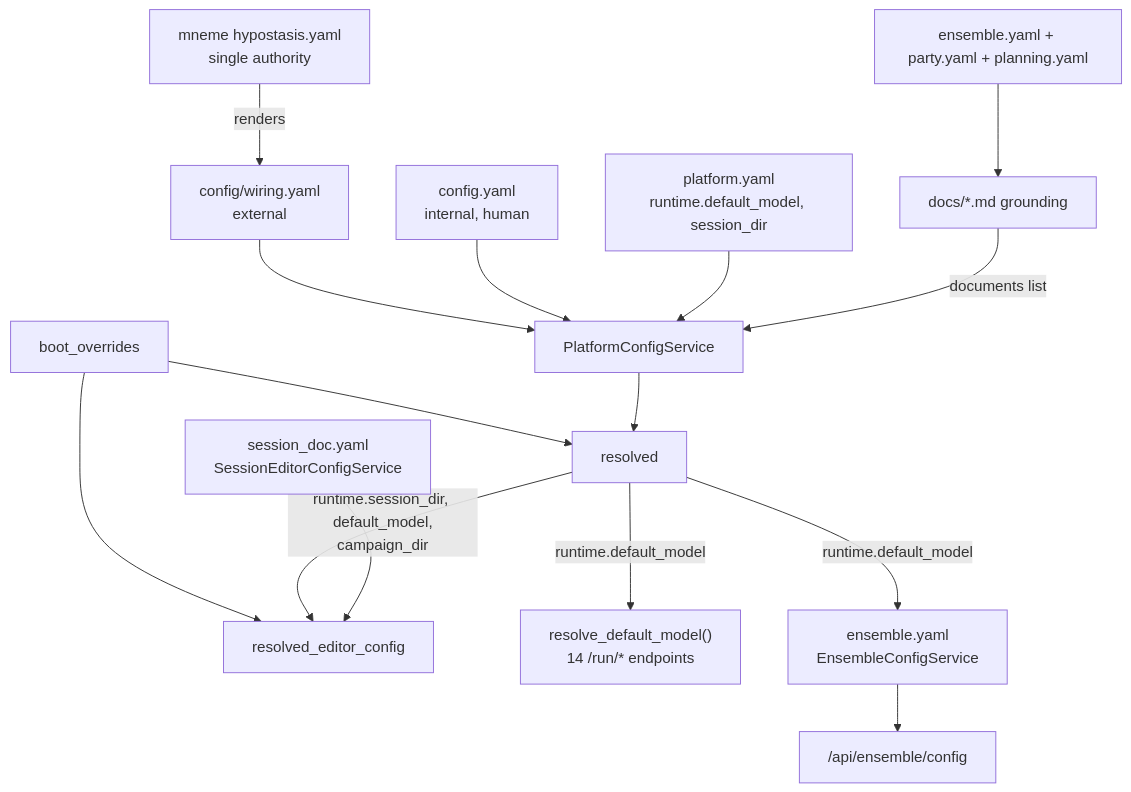
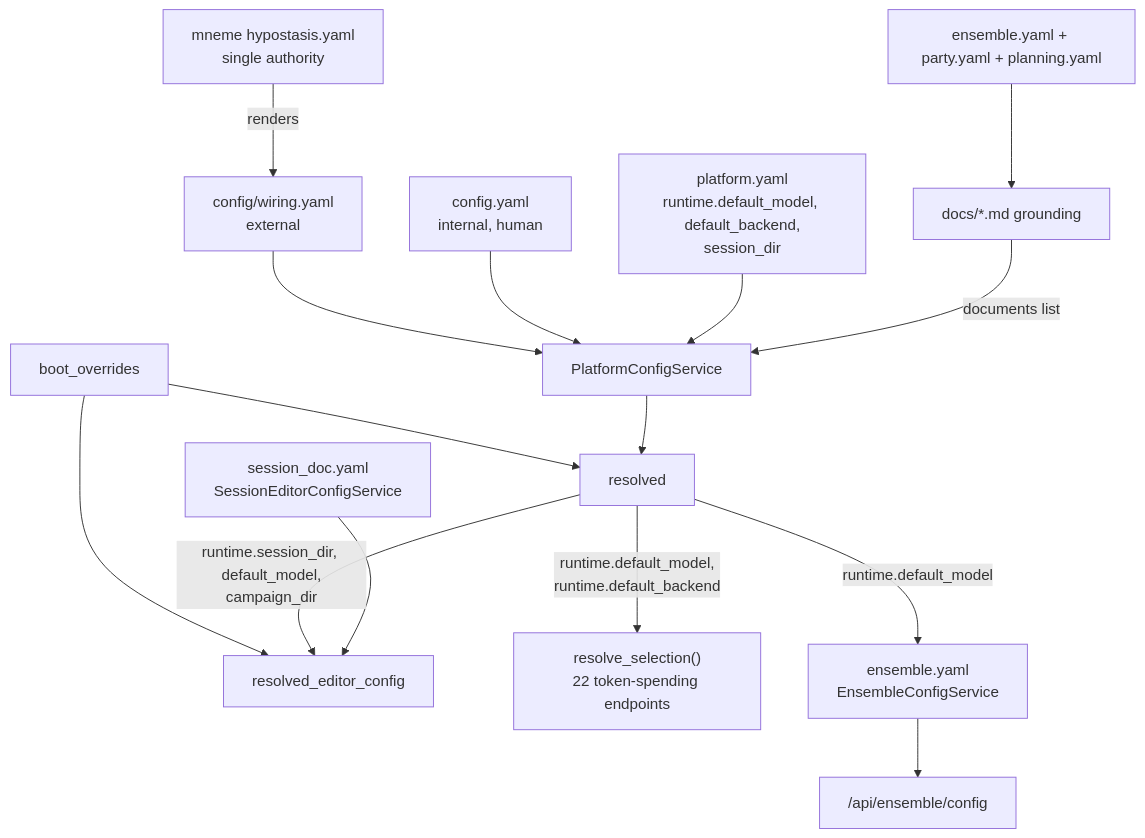
One commit to kostadis/CampaignGenerator changed the diagram in docs/config/master.md. Above: the diagram before and after it, drawn with Mermaid. The commit also changed other lines of this file and 11 other files, not shown here.

First line of the commit message:
feat(003): previews for all 8 services, docs, and retire resolve_default_model

````diff
--- a/docs/config/master.md
+++ b/docs/config/master.md
@@ -9,17 +9,17 @@
 ```mermaid
 flowchart TB
   HY["mneme hypostasis.yaml<br/>single authority"] -->|renders| WI["config/wiring.yaml<br/>external"]
   WI --> PLAT
   CY["config.yaml<br/>internal, human"] --> PLAT[PlatformConfigService]
-  PY["platform.yaml<br/>runtime.default_model, session_dir"] --> PLAT
+  PY["platform.yaml<br/>runtime.default_model, default_backend,<br/>session_dir"] --> PLAT
   BO[boot_overrides] --> RES[resolved]
   PLAT --> RES
   BO --> RESE[resolved_editor_config]
   RES -->|runtime.session_dir, default_model,<br/>campaign_dir| RESE
   SD["session_doc.yaml<br/>SessionEditorConfigService"] --> RESE
-  RES -->|runtime.default_model| RDM["resolve_default_model()<br/>14 /run/* endpoints"]
+  RES -->|runtime.default_model,<br/>runtime.default_backend| RDM["resolve_selection()<br/>22 token-spending endpoints"]
   ENS["ensemble.yaml<br/>EnsembleConfigService"] --> RESE2["/api/ensemble/config"]
   RES -->|runtime.default_model| ENS
   UIE["ensemble.yaml + party.yaml + planning.yaml"] --> GD["docs/*.md grounding"]
   GD -->|documents list| PLAT
 ```
````
